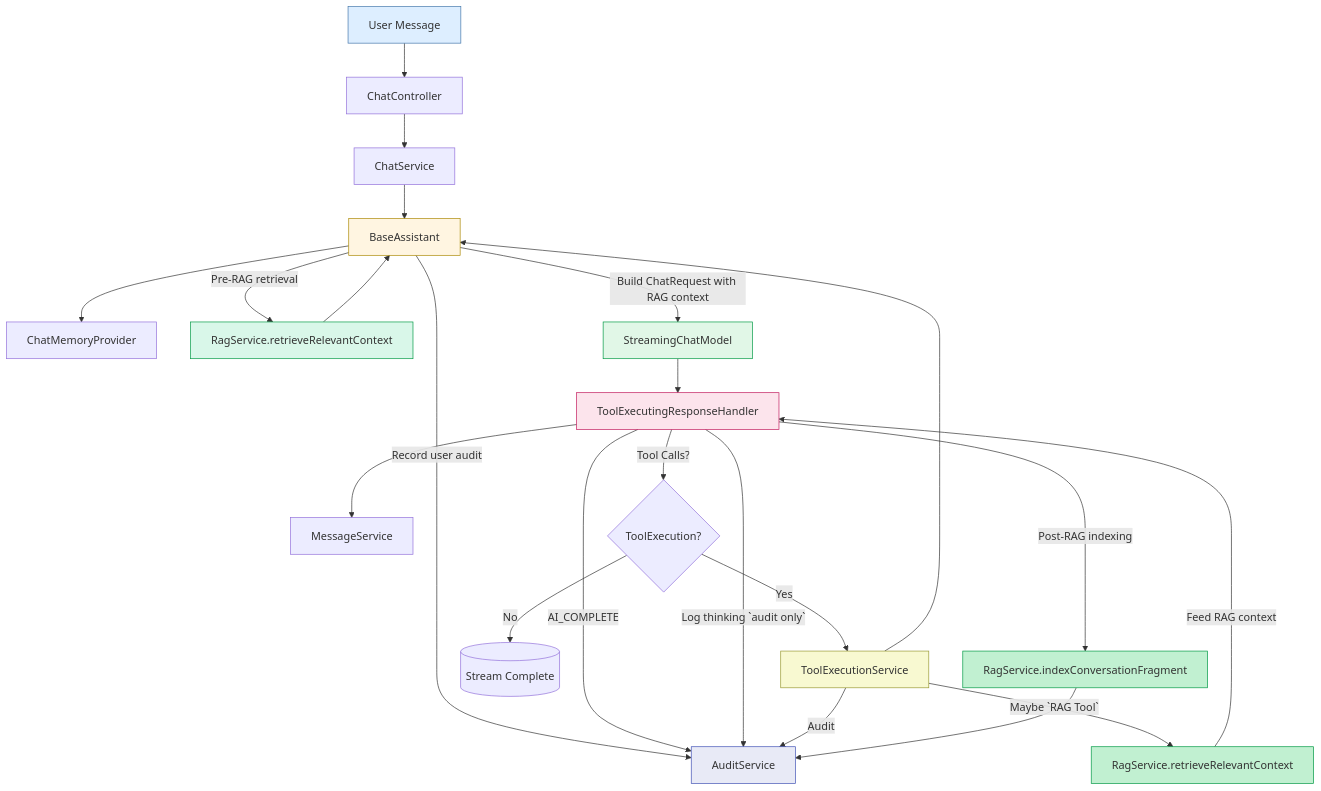
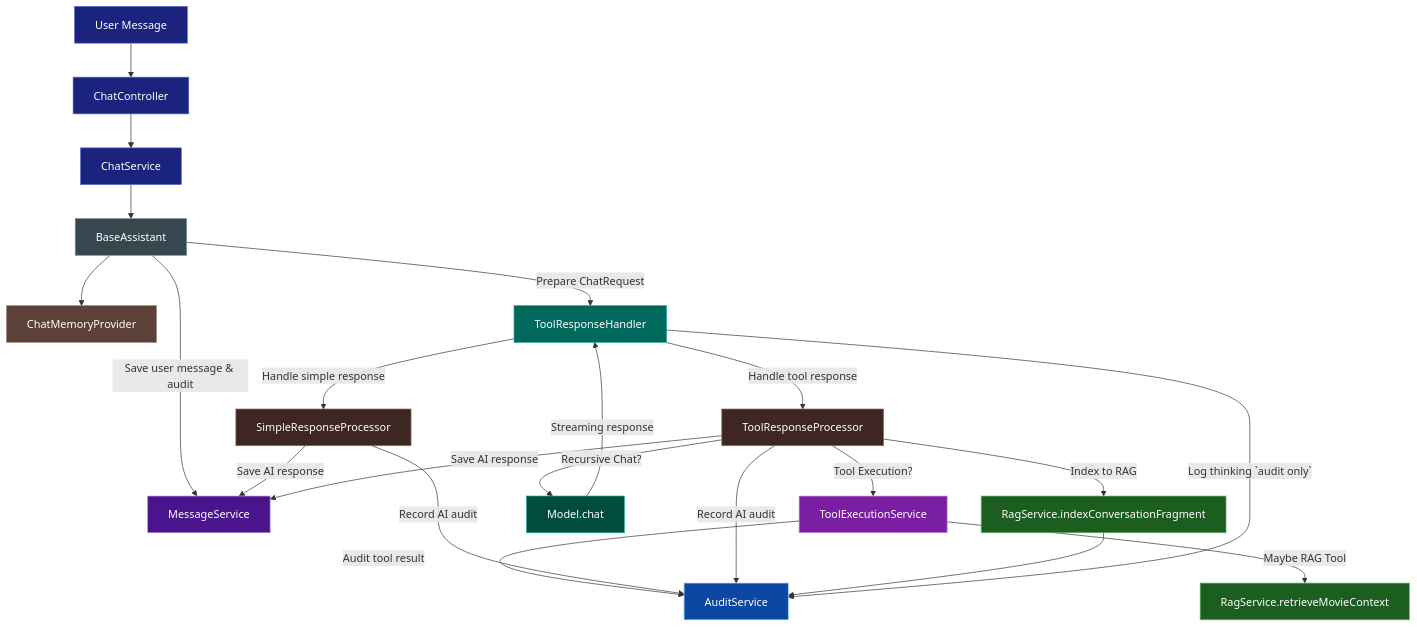
Before and after one commit to cgb12121/BBMovie: the diagram in backend/ai-service/docs/RAG-Orchestrated Flow.md, drawn with Mermaid. The commit also changed other lines of this file and 31 other files, not shown here.

Commit message:
feat(ai-service): refactor chat handling to use ChatContext and improve error handling

````diff
--- a/backend/ai-service/docs/RAG-Orchestrated Flow.md
+++ b/backend/ai-service/docs/RAG-Orchestrated Flow.md
@@ -23,41 +52,46 @@
 ```mermaid
 flowchart TD
-    U[User Message] --> C[ChatController]
-    C --> S[ChatService]
-    S --> A[BaseAssistant]
+    U[User Message] --> CC[ChatController]
+    CC --> CS[ChatService]
+    CS --> A[BaseAssistant]
 
-    A -->|Record user audit| AUD[AuditService]
-    A --> MEM[ChatMemoryProvider]
-    A -->|Pre-RAG retrieval| RAG1[RagService.retrieveRelevantContext]
-    RAG1 --> A
+    A -->|Save user message & audit| MS[MessageService]
+    A --> CMP[ChatMemoryProvider]
 
-    A -->|Build ChatRequest with RAG context| M[StreamingChatModel]
-    M --> H[ToolExecutingResponseHandler]
+    A -->|Prepare ChatRequest| H[ToolResponseHandler]
+    H -->|Handle simple response| SP[SimpleResponseProcessor]
+    H -->|Handle tool response| TP[ToolResponseProcessor]
 
-    H -->|AI_COMPLETE| AUD
+    TP -->|Tool Execution?| TES[ToolExecutionService]
+    TES -->|Maybe RAG Tool| RAG1[RagService.retrieveMovieContext]
+    TES -->|Audit tool result| AUD[AuditService]
+
+    TP -->|Recursive Chat?| M[Model.chat]
+    M -->|Streaming response| H
+
+    SP -->|Save AI response| MS
+    SP -->|Record AI audit| AUD
+
+    TP -->|Save AI response| MS
+    TP -->|Record AI audit| AUD
+
+    TP -->|Index to RAG| RAG2[RagService.indexConversationFragment]
+    RAG2 --> AUD
+
     H -->|Log thinking `audit only`| AUD
-    H --> MSG[MessageService]
-    H -->|Tool Calls?| T{ToolExecution?}
 
-    T -->|Yes| TE[ToolExecutionService]
-    TE -->|Maybe `RAG Tool`| RAG2[RagService.retrieveRelevantContext]
-    TE -->|Audit| AUD
-    TE --> A
-
-    RAG2 -->|Feed RAG context| H
-
-    T -->|No| DONE[(Stream Complete)]
-    H -->|Post-RAG indexing| RAG3[RagService.indexConversationFragment]
-    RAG3 --> AUD
-
-    style U fill:#ddeeff,stroke:#4477aa
-    style A fill:#fff5e1,stroke:#aa8800
-    style RAG1 fill:#d9f7e9,stroke:#009944
-    style RAG2 fill:#c1f0d1,stroke:#009944
-    style RAG3 fill:#c1f0d1,stroke:#009944
-    style M fill:#e1f7e7,stroke:#009944
-    style H fill:#fce4ec,stroke:#c2185b
-    style TE fill:#f8f9d1,stroke:#999933
-    style AUD fill:#e8eaf6,stroke:#3f51b5
-
+    style U fill:#1a237e,stroke:#5c6bc0,color:#ffffff
+    style CC fill:#1a237e,stroke:#5c6bc0,color:#ffffff
+    style CS fill:#1a237e,stroke:#5c6bc0,color:#ffffff
+    style A fill:#37474f,stroke:#78909c,color:#ffffff
+    style CMP fill:#5d4037,stroke:#a1887f,color:#ffffff
+    style H fill:#00695c,stroke:#26a69a,color:#ffffff
+    style SP fill:#3e2723,stroke:#8d6e63,color:#ffffff
+    style TP fill:#3e2723,stroke:#8d6e63,color:#ffffff
+    style TES fill:#7b1fa2,stroke:#ce93d8,color:#ffffff
+    style RAG1 fill:#1b5e20,stroke:#66bb6a,color:#ffffff
+    style RAG2 fill:#1b5e20,stroke:#66bb6a,color:#ffffff
+    style M fill:#004d40,stroke:#26a69a,color:#ffffff
+    style MS fill:#4a148c,stroke:#b39ddb,color:#ffffff
+    style AUD fill:#0d47a1,stroke:#90caf9,color:#ffffff
 ```
````
